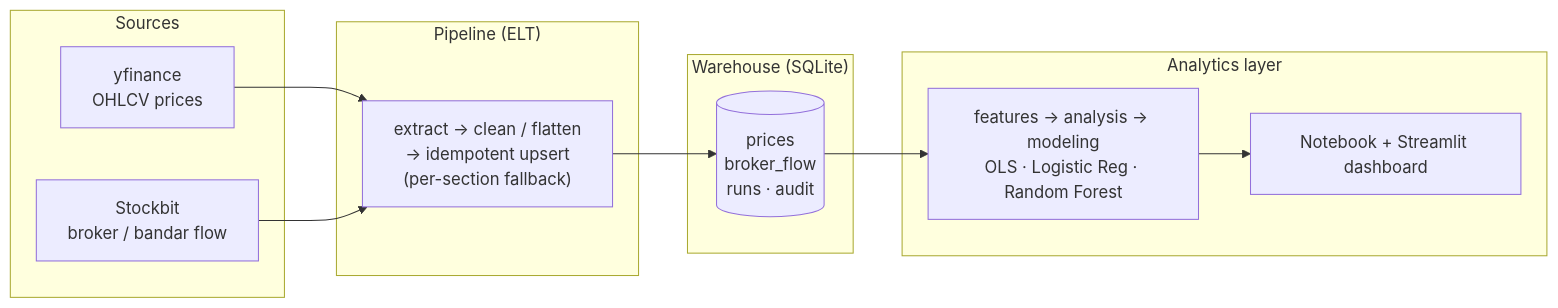
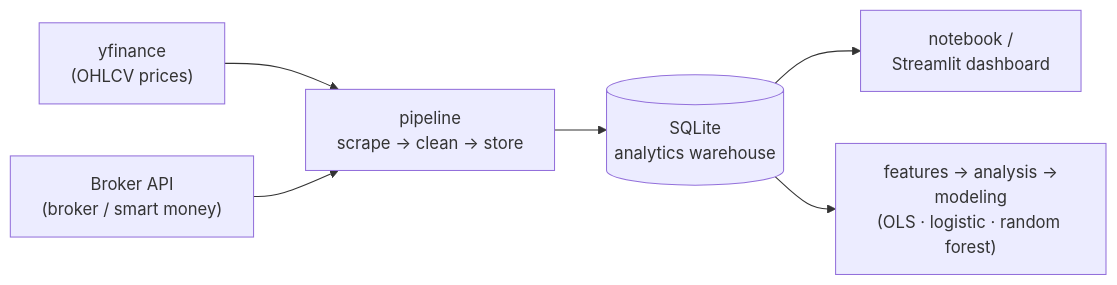
One commit to IgnatiusHarry/idx-bandarmology changed the diagram in README.md. Above: the diagram before and after it, drawn with Mermaid. The commit also changed other lines of this file and 15 other files, not shown here.

Commit message:
Update to latest pipeline (broker_api refactor), add Results section with dashboard charts, Mermaid architecture & token redaction

````diff
--- a/README.md
+++ b/README.md
@@ -52,23 +24,8 @@
 ```mermaid
 flowchart LR
-    subgraph S["Sources"]
-        Y["yfinance<br/>OHLCV prices"]
-        K["Stockbit<br/>broker / bandar flow"]
-    end
-    subgraph P["Pipeline (ELT)"]
-        E["extract → clean / flatten<br/>→ idempotent upsert<br/>(per-section fallback)"]
-    end
-    subgraph W["Warehouse (SQLite)"]
-        DB[("prices<br/>broker_flow<br/>runs · audit")]
-    end
-    subgraph A["Analytics layer"]
-        F["features → analysis → modeling<br/>OLS · Logistic Reg · Random Forest"]
-        D["Notebook + Streamlit dashboard"]
-    end
-
-    Y --> E
-    K --> E
-    E --> DB
-    DB --> F
-    F --> D
+    yf["yfinance<br/>(OHLCV prices)"] --> pipe
+    broker["Broker API<br/>(broker / smart money)"] --> pipe
+    pipe["pipeline<br/>scrape → clean → store"] --> db[("SQLite<br/>analytics warehouse")]
+    db --> consume["notebook /<br/>Streamlit dashboard"]
+    db --> model["features → analysis →<br/>modeling<br/>(OLS · logistic · random forest)"]
 ```
````
